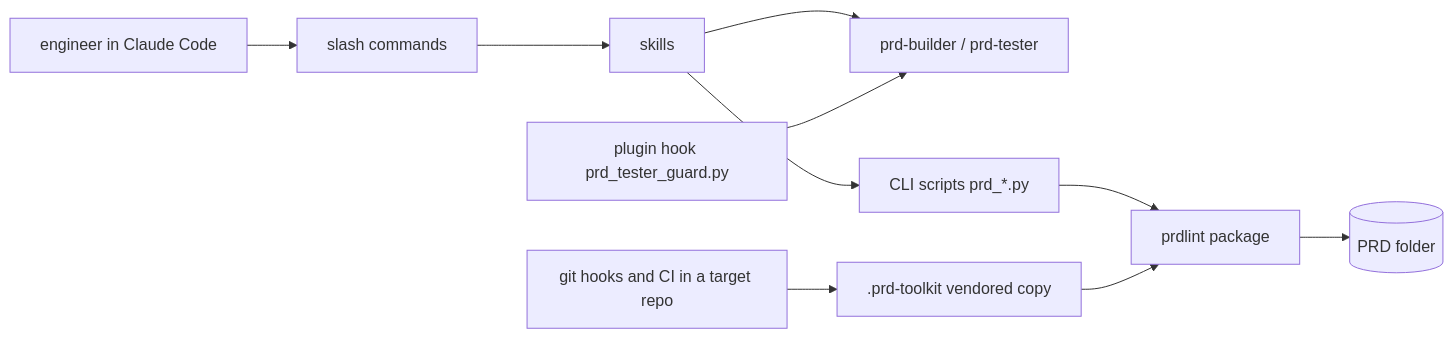
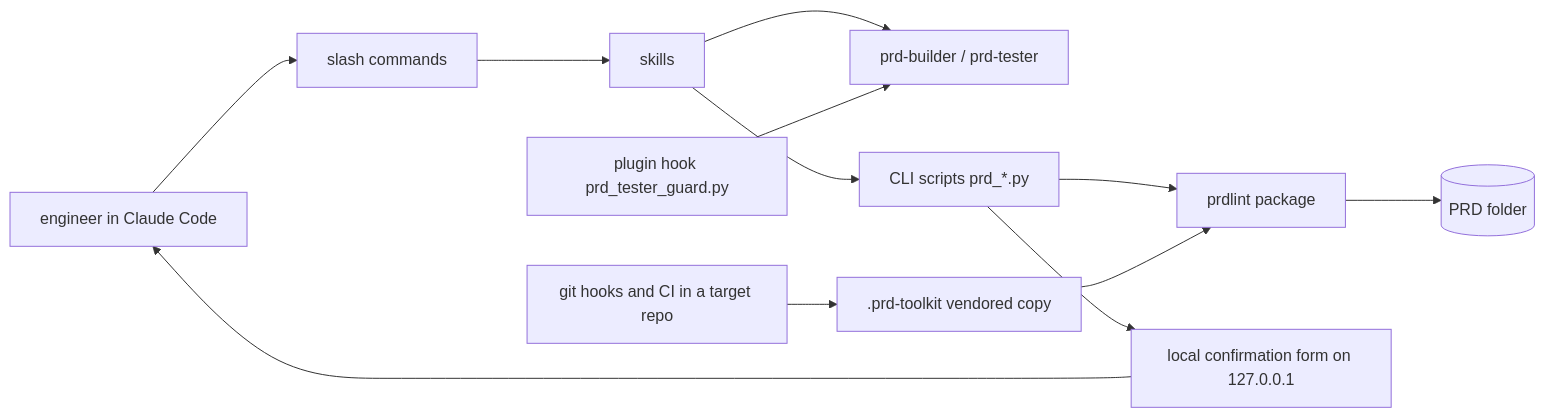
Before and after one commit to ihistand/claude-plugins: the diagram in docs/prd/prd-toolkit/prd.md, drawn with Mermaid. The commit also changed other lines of this file and 7 other files, not shown here.

````diff
--- a/docs/prd/prd-toolkit/prd.md
+++ b/docs/prd/prd-toolkit/prd.md
@@ -61,12 +60,14 @@
 ```mermaid
 flowchart LR
   user[engineer in Claude Code] --> cmds[slash commands]
   cmds --> skills[skills]
   skills --> agents[prd-builder / prd-tester]
   skills --> cli[CLI scripts prd_*.py]
   cli --> lib[prdlint package]
   lib --> prd[(PRD folder)]
   hooks[git hooks and CI in a target repo] --> vend[.prd-toolkit vendored copy]
   vend --> lib
   guard[plugin hook prd_tester_guard.py] --> agents
+  cli --> form[local confirmation form on 127.0.0.1]
+  form --> user
 ```
````
